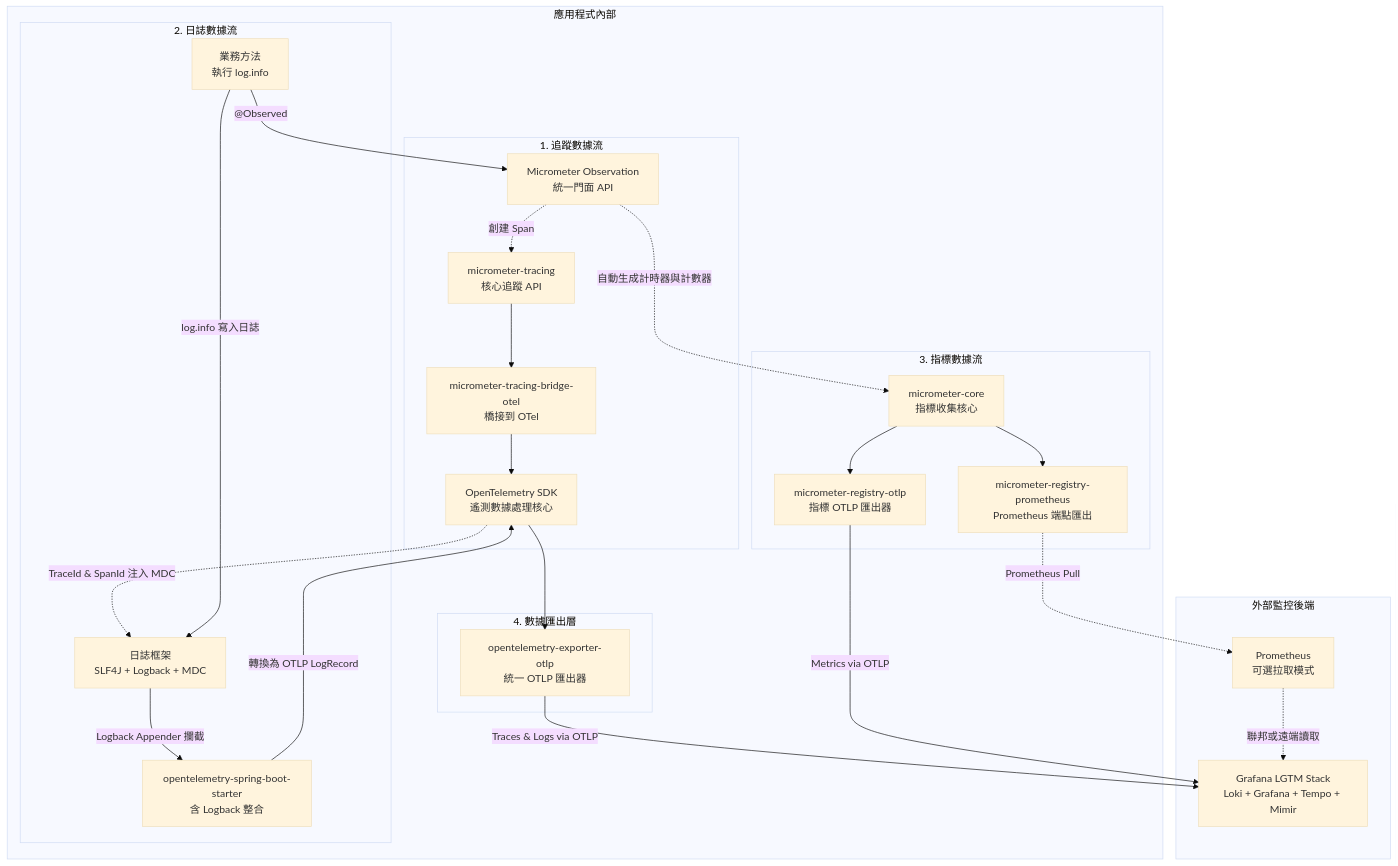
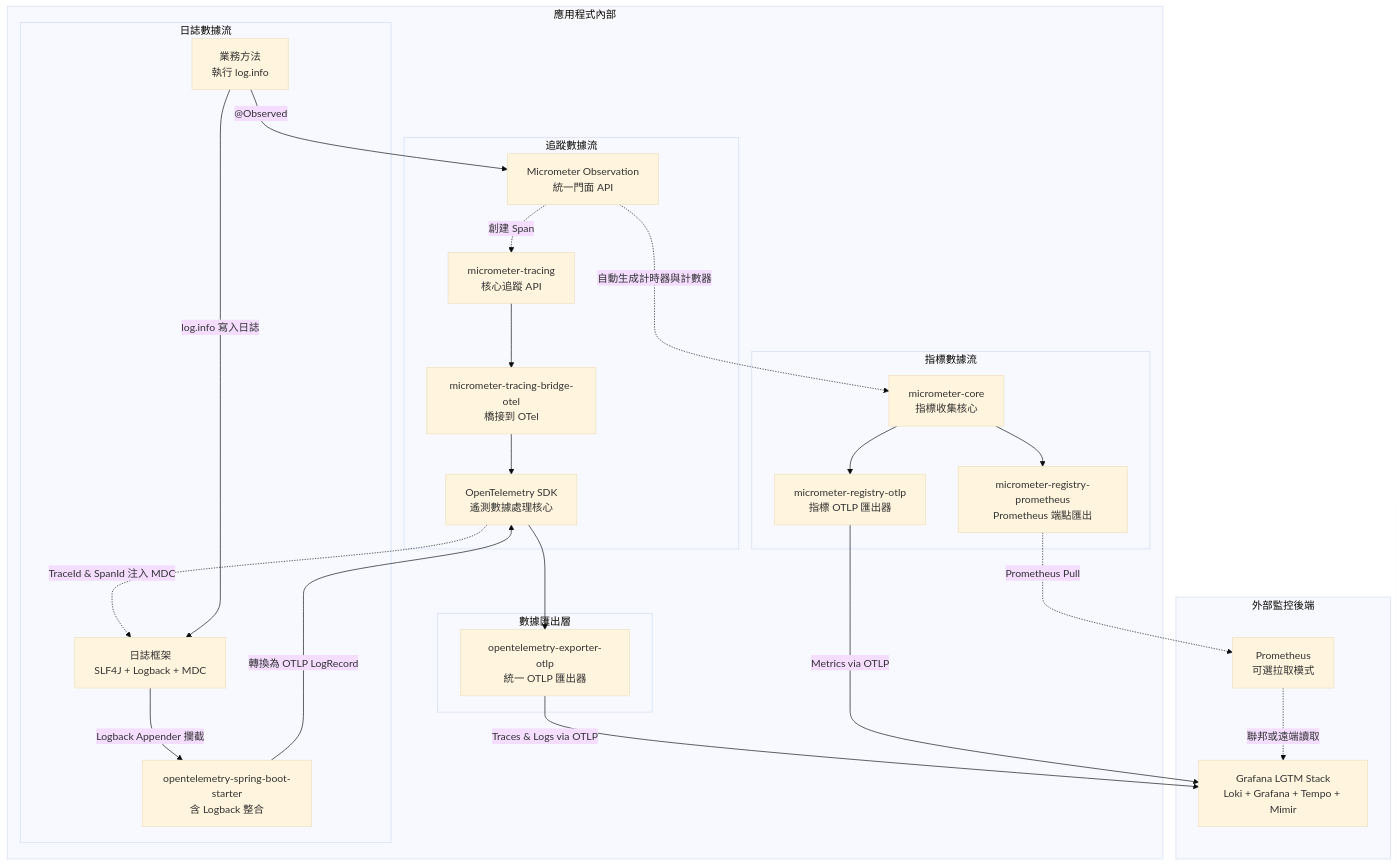
One commit to samzhu/demo-springboot-250613 changed the third of 4 diagrams in README.md. Above: the diagram before and after it, drawn with Mermaid (base theme).

Commit message:
更新 README.md 文件，調整圖示中的標籤名稱以簡化內容，提升可讀性與一致性。

````diff
--- a/README.md
+++ b/README.md
@@ -829,39 +829,39 @@
 ```mermaid
 graph TD
     subgraph APP["應用程式內部"]
         A["業務方法<br/>執行 log.info"] -->|"@Observed"| B["Micrometer Observation<br/>統一門面 API"]
 
-        subgraph TRACES["1. 追蹤數據流"]
+        subgraph TRACES["追蹤數據流"]
             B -.->|"創建 Span"| C_T["micrometer-tracing<br/>核心追蹤 API"]
             C_T --> D_T["micrometer-tracing-bridge-otel<br/>橋接到 OTel"]
             D_T --> F_T["OpenTelemetry SDK<br/>遙測數據處理核心"]
         end
 
-        subgraph LOGS["2. 日誌數據流"]
+        subgraph LOGS["日誌數據流"]
             F_T -.->|"TraceId & SpanId 注入 MDC"| H_L["日誌框架<br/>SLF4J + Logback + MDC"]
             A -->|"log.info 寫入日誌"| H_L
             H_L -->|"Logback Appender 攔截"| I_L["opentelemetry-spring-boot-starter<br/>含 Logback 整合"]
             I_L -->|"轉換為 OTLP LogRecord"| F_T
         end
 
-        subgraph METRICS["3. 指標數據流"]
+        subgraph METRICS["指標數據流"]
             B -.->|"自動生成計時器與計數器"| C_M["micrometer-core<br/>指標收集核心"]
             C_M --> D_M1["micrometer-registry-otlp<br/>指標 OTLP 匯出器"]
             C_M --> D_M2["micrometer-registry-prometheus<br/>Prometheus 端點匯出"]
         end
 
-        subgraph EXPORT["4. 數據匯出層"]
+        subgraph EXPORT["數據匯出層"]
             F_T --> G_T["opentelemetry-exporter-otlp<br/>統一 OTLP 匯出器"]
         end
     end
 
     subgraph BACKEND["外部監控後端"]
         L["Grafana LGTM Stack<br/>Loki + Grafana + Tempo + Mimir"]
         P["Prometheus<br/>可選拉取模式"]
     end
     
     G_T -->|"Traces & Logs via OTLP"| L
     D_M1 -->|"Metrics via OTLP"| L
     D_M2 -.->|"Prometheus Pull"| P
     P -.->|"聯邦或遠端讀取"| L
 ```
````
